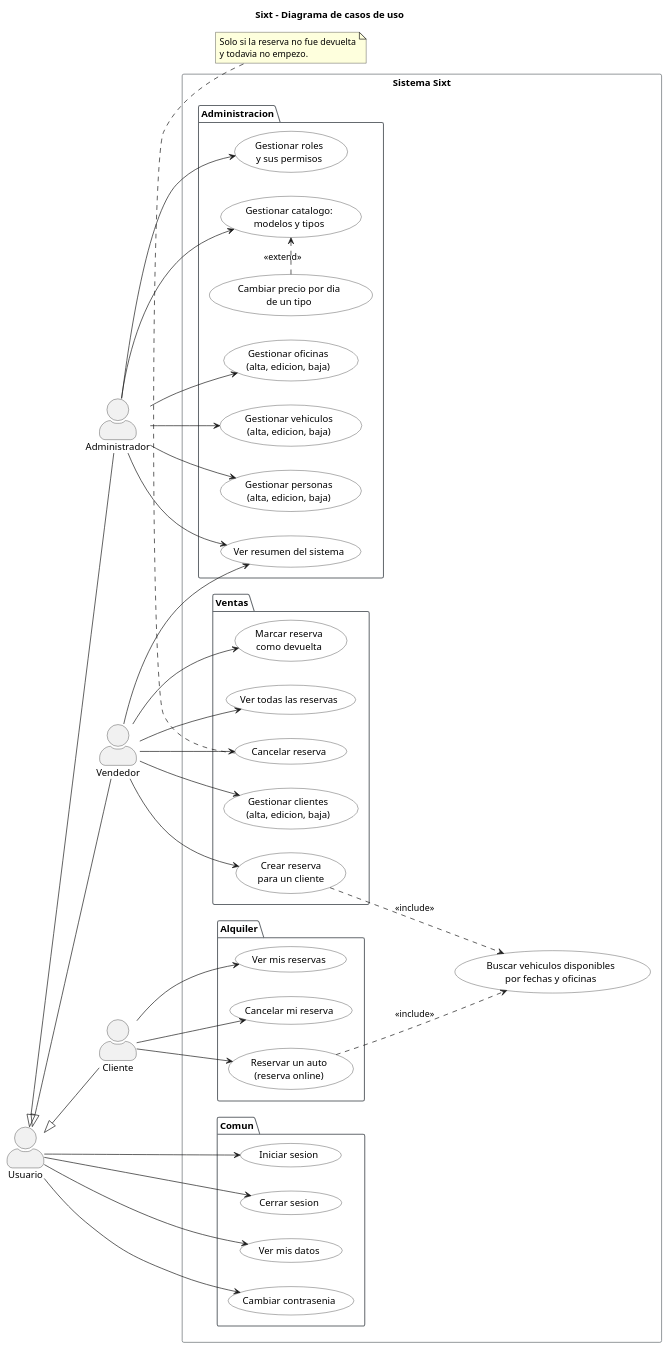
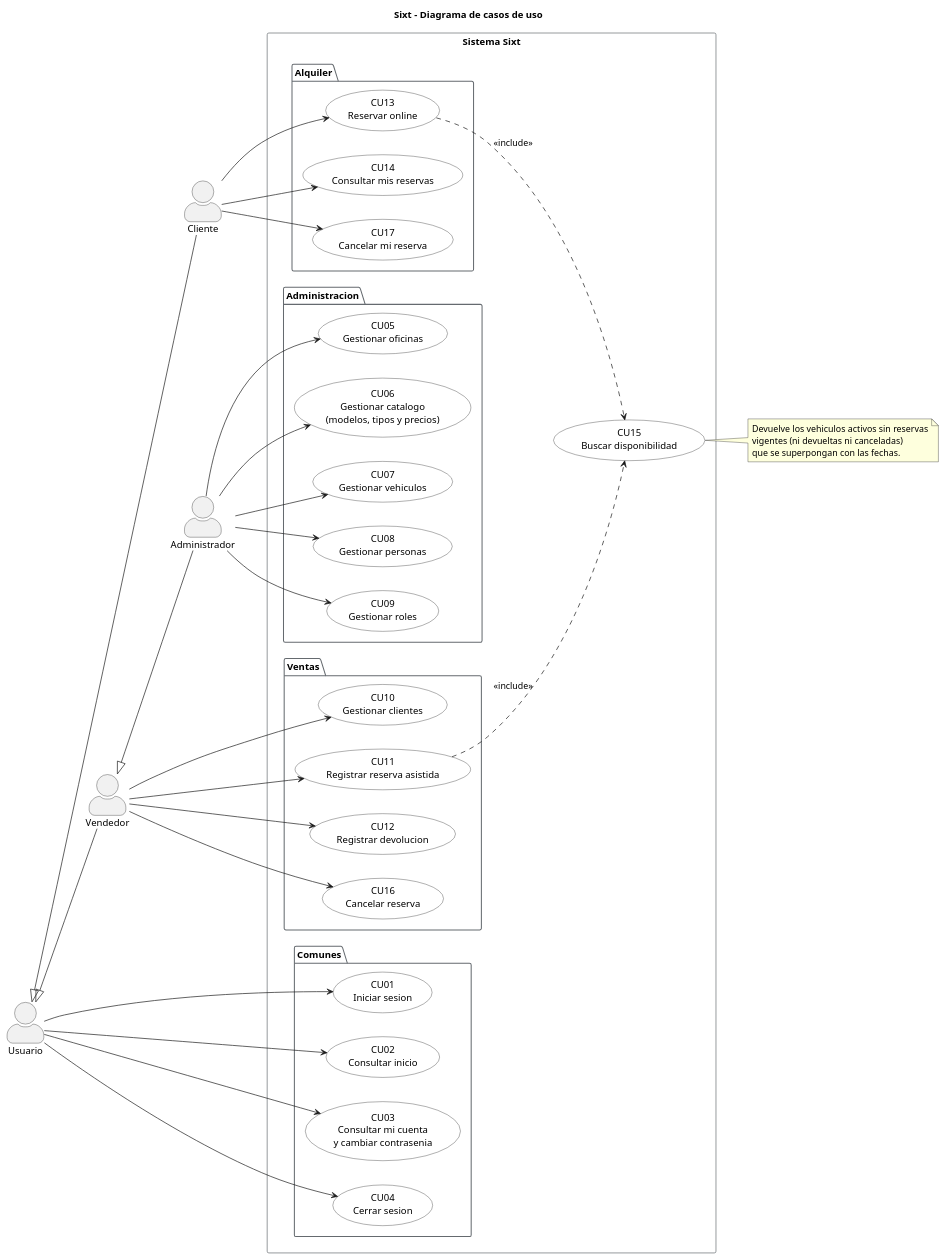
One commit to Emanuelbig/TP-Sixt-Programacion2-Maven changed the diagram in docs/diagramas/casos-de-uso.puml. Above: the diagram before and after it, drawn with PlantUML. The commit also changed 4 other files, not shown here.

Commit message:
Diagramas con numeracion CU01-CU17 en mejor resolucion y README con todos los endpoints

```diff
--- a/docs/diagramas/casos-de-uso.puml
+++ b/docs/diagramas/casos-de-uso.puml
@@ -1,94 +1,90 @@
 @startuml casos-de-uso
-' Casos de uso por actor. Que puede hacer cada uno lo deciden los permisos de su rol:
-' ADMINISTRAR (Administrador), VENDER + ADMINISTRAR_CLIENTES (Vendedor), ALQUILAR (Cliente).
+' Casos de uso por actor, con la misma numeracion que el documento de evaluacion.
+' Que puede hacer cada uno lo deciden los permisos de su rol inicial:
+'   Cliente: ALQUILAR | Vendedor: VENDER + ADMINISTRAR_CLIENTES | Administrador: ADMINISTRAR + los del vendedor
 title Sixt - Diagrama de casos de uso
 
 left to right direction
 skinparam shadowing false
 skinparam actorStyle awesome
 skinparam usecase {
   BackgroundColor #FFFFFF
   BorderColor #1A1A1A
   ArrowColor #1A1A1A
 }
 skinparam package {
   BorderColor #656A6F
 }
 
 actor "Usuario" as usuario
+actor "Cliente" as cliente
+actor "Vendedor" as vendedor
 actor "Administrador" as admin
-actor "Vendedor" as vendedor
-actor "Cliente" as cliente
 
-' Los tres son usuarios: heredan lo comun
-usuario <|-- admin
+' Todos son usuarios. El administrador inicial tambien tiene los permisos del vendedor
+usuario <|-- cliente
 usuario <|-- vendedor
-usuario <|-- cliente
+vendedor <|-- admin
 
 rectangle "Sistema Sixt" {
-  package "Comun" {
-    usecase "Iniciar sesion" as UC1
-    usecase "Cerrar sesion" as UC2
-    usecase "Ver mis datos" as UC3
-    usecase "Cambiar contrasenia" as UC4
+  package "Comunes" {
+    usecase "CU01\nIniciar sesion" as CU01
+    usecase "CU02\nConsultar inicio" as CU02
+    usecase "CU03\nConsultar mi cuenta\ny cambiar contrasenia" as CU03
+    usecase "CU04\nCerrar sesion" as CU04
   }
 
   package "Administracion" {
-    usecase "Gestionar oficinas\n(alta, edicion, baja)" as UC10
-    usecase "Gestionar vehiculos\n(alta, edicion, baja)" as UC11
-    usecase "Gestionar catalogo:\nmodelos y tipos" as UC12
-    usecase "Cambiar precio por dia\nde un tipo" as UC13
-    usecase "Gestionar personas\n(alta, edicion, baja)" as UC14
-    usecase "Gestionar roles\ny sus permisos" as UC15
-    usecase "Ver resumen del sistema" as UC16
+    usecase "CU05\nGestionar oficinas" as CU05
+    usecase "CU06\nGestionar catalogo\n(modelos, tipos y precios)" as CU06
+    usecase "CU07\nGestionar vehiculos" as CU07
+    usecase "CU08\nGestionar personas" as CU08
+    usecase "CU09\nGestionar roles" as CU09
   }
 
   package "Ventas" {
-    usecase "Gestionar clientes\n(alta, edicion, baja)" as UC20
-    usecase "Crear reserva\npara un cliente" as UC21
-    usecase "Marcar reserva\ncomo devuelta" as UC22
-    usecase "Cancelar reserva" as UC23
-    usecase "Ver todas las reservas" as UC24
+    usecase "CU10\nGestionar clientes" as CU10
+    usecase "CU11\nRegistrar reserva asistida" as CU11
+    usecase "CU12\nRegistrar devolucion" as CU12
+    usecase "CU16\nCancelar reserva" as CU16
   }
 
   package "Alquiler" {
-    usecase "Reservar un auto\n(reserva online)" as UC30
-    usecase "Ver mis reservas" as UC31
-    usecase "Cancelar mi reserva" as UC32
+    usecase "CU13\nReservar online" as CU13
+    usecase "CU14\nConsultar mis reservas" as CU14
+    usecase "CU17\nCancelar mi reserva" as CU17
   }
 
-  usecase "Buscar vehiculos disponibles\npor fechas y oficinas" as UC40
+  usecase "CU15\nBuscar disponibilidad" as CU15
 }
 
-usuario --> UC1
-usuario --> UC2
-usuario --> UC3
-usuario --> UC4
+usuario --> CU01
+usuario --> CU02
+usuario --> CU03
+usuario --> CU04
 
-admin --> UC10
-admin --> UC11
-admin --> UC12
-admin --> UC14
-admin --> UC15
-admin --> UC16
-UC13 .> UC12 : <<extend>>
+admin --> CU05
+admin --> CU06
+admin --> CU07
+admin --> CU08
+admin --> CU09
 
-vendedor --> UC20
-vendedor --> UC21
-vendedor --> UC22
-vendedor --> UC23
-vendedor --> UC24
-vendedor --> UC16
+vendedor --> CU10
+vendedor --> CU11
+vendedor --> CU12
+vendedor --> CU16
 
-cliente --> UC30
-cliente --> UC31
-cliente --> UC32
+cliente --> CU13
+cliente --> CU14
+cliente --> CU17
 
-UC21 ..> UC40 : <<include>>
-UC30 ..> UC40 : <<include>>
+CU11 ..> CU15 : <<include>>
+CU13 ..> CU15 : <<include>>
 
-note bottom of UC23
-  Solo si la reserva no fue devuelta
-  y todavia no empezo.
+note right of CU15
+  Devuelve los vehiculos activos sin reservas
+  vigentes (ni devueltas ni canceladas)
+  que se superpongan con las fechas.
 end note
+
 @enduml
```
